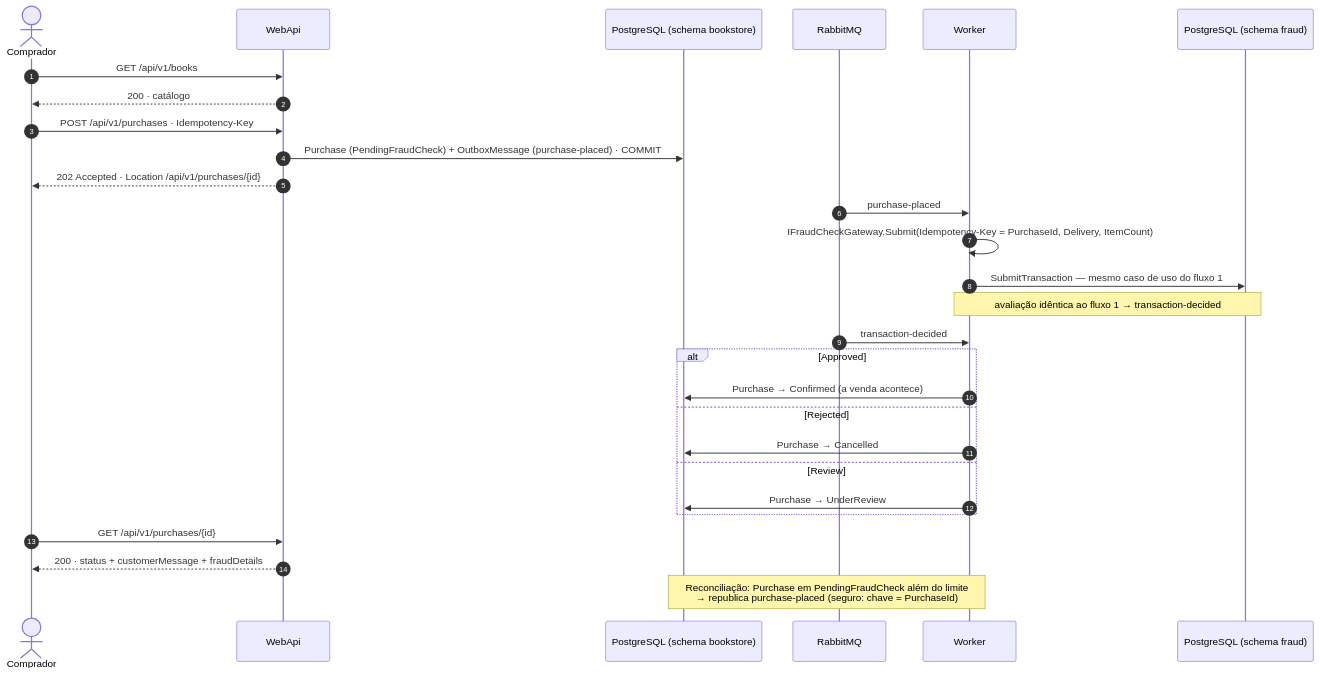
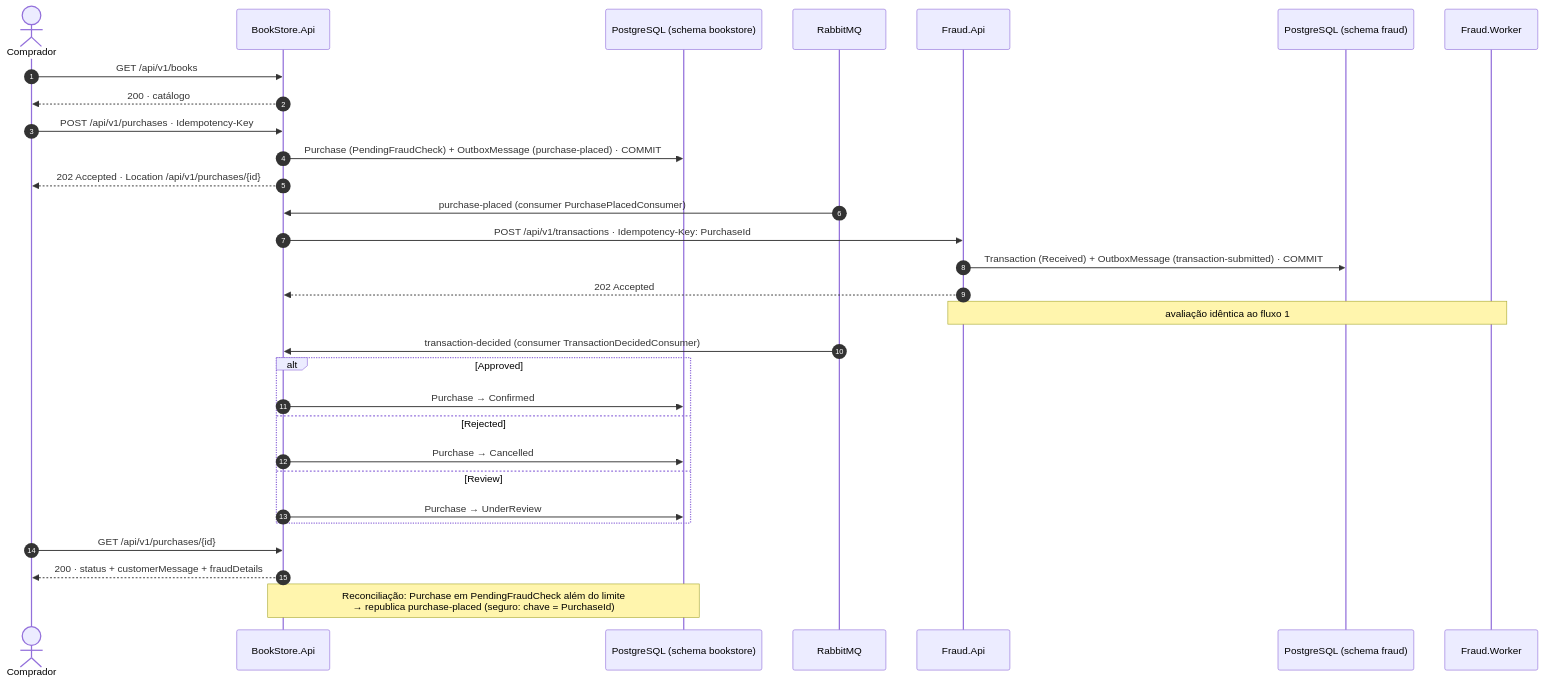
The second of 2 diagrams in docs/diagramas/02-sequencia.md (Berthot/BookStore), drawn with Mermaid before and after one commit. The commit also changed other lines of this file and 26 other files, not shown here.

First line of the commit message:
feat(p1+docs): D-10/17/18/19/20; ADR-0010; diagramas e Postman atualizados

````diff
--- a/docs/diagramas/02-sequencia.md
+++ b/docs/diagramas/02-sequencia.md
@@ -77,35 +74,38 @@
 ```mermaid
 sequenceDiagram
   autonumber
   actor C as Comprador
-  participant API as WebApi
-  participant BS as PostgreSQL (schema bookstore)
+  participant BS as BookStore.Api
+  participant BDB as PostgreSQL (schema bookstore)
   participant MQ as RabbitMQ
-  participant W as Worker
-  participant FR as PostgreSQL (schema fraud)
+  participant FA as Fraud.Api
+  participant FDB as PostgreSQL (schema fraud)
+  participant FW as Fraud.Worker
 
-  C->>API: GET /api/v1/books
-  API-->>C: 200 · catálogo
-  C->>API: POST /api/v1/purchases · Idempotency-Key
-  API->>BS: Purchase (PendingFraudCheck) + OutboxMessage (purchase-placed) · COMMIT
-  API-->>C: 202 Accepted · Location /api/v1/purchases/{id}
+  C->>BS: GET /api/v1/books
+  BS-->>C: 200 · catálogo
+  C->>BS: POST /api/v1/purchases · Idempotency-Key
+  BS->>BDB: Purchase (PendingFraudCheck) + OutboxMessage (purchase-placed) · COMMIT
+  BS-->>C: 202 Accepted · Location /api/v1/purchases/{id}
 
-  MQ->>W: purchase-placed
-  W->>W: IFraudCheckGateway.Submit(Idempotency-Key = PurchaseId, Delivery, ItemCount)
-  W->>FR: SubmitTransaction — mesmo caso de uso do fluxo 1
-  Note over W,FR: avaliação idêntica ao fluxo 1 → transaction-decided
+  MQ->>BS: purchase-placed (consumer PurchasePlacedConsumer)
+  BS->>FA: POST /api/v1/transactions · Idempotency-Key: PurchaseId
+  FA->>FDB: Transaction (Received) + OutboxMessage (transaction-submitted) · COMMIT
+  FA-->>BS: 202 Accepted
 
-  MQ->>W: transaction-decided
+  Note over FA,FW: avaliação idêntica ao fluxo 1
+
+  MQ->>BS: transaction-decided (consumer TransactionDecidedConsumer)
   alt Approved
-    W->>BS: Purchase → Confirmed (a venda acontece)
+    BS->>BDB: Purchase → Confirmed
   else Rejected
-    W->>BS: Purchase → Cancelled
+    BS->>BDB: Purchase → Cancelled
   else Review
-    W->>BS: Purchase → UnderReview
+    BS->>BDB: Purchase → UnderReview
   end
 
-  C->>API: GET /api/v1/purchases/{id}
-  API-->>C: 200 · status + customerMessage + fraudDetails
+  C->>BS: GET /api/v1/purchases/{id}
+  BS-->>C: 200 · status + customerMessage + fraudDetails
 
-  Note over W,BS: Reconciliação: Purchase em PendingFraudCheck além do limite<br/>→ republica purchase-placed (seguro: chave = PurchaseId)
+  Note over BS,BDB: Reconciliação: Purchase em PendingFraudCheck além do limite<br/>→ republica purchase-placed (seguro: chave = PurchaseId)
 ```
````
